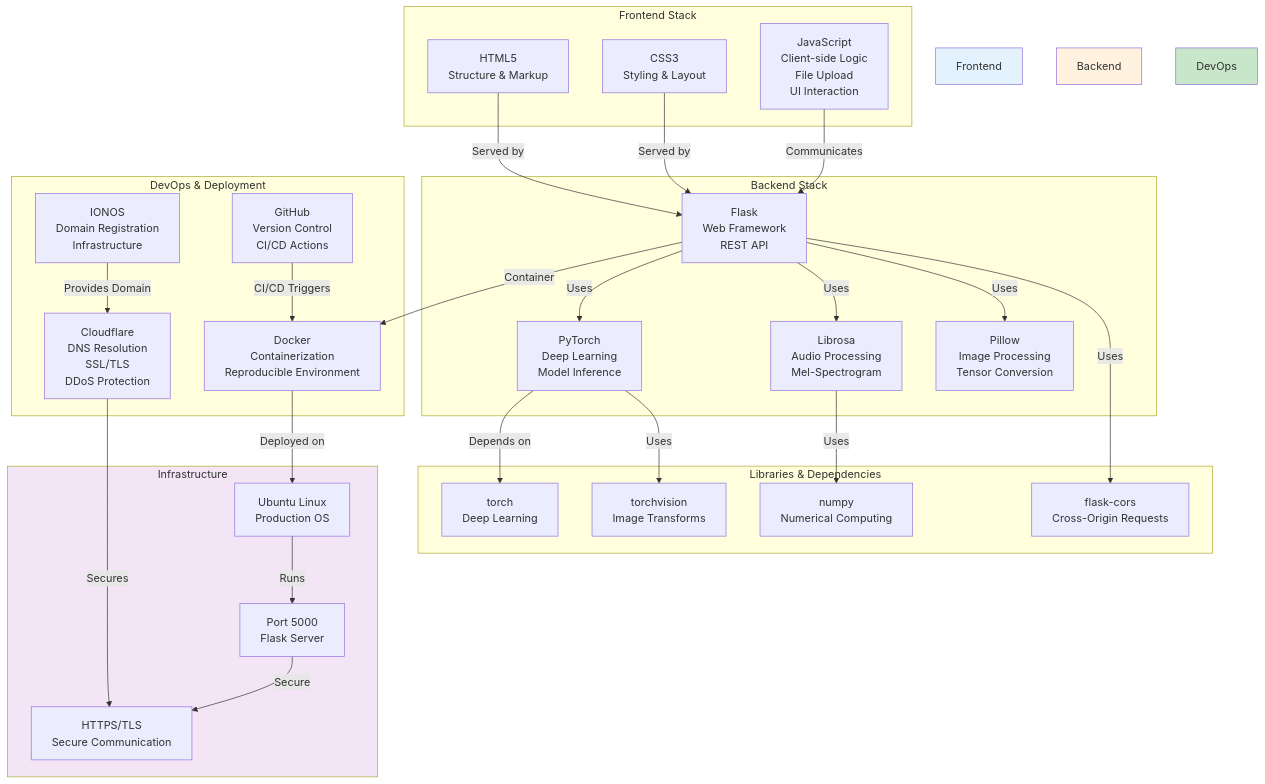
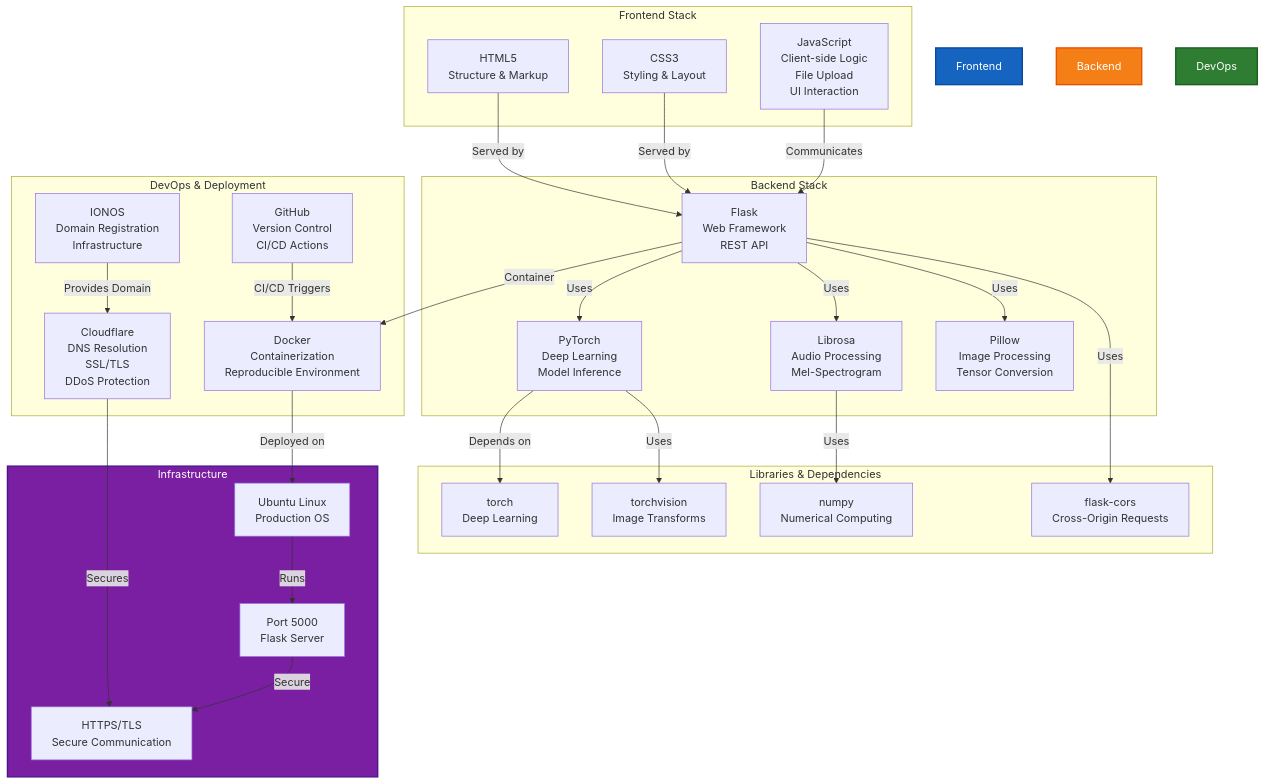
One commit to rwitobaansheikh/Pnumonia_Detector changed the seventh of 7 diagrams in ARCHITECTURE.md. Above: the diagram before and after it, drawn with Mermaid. The commit also changed other lines of this file and 3 other files, not shown here.

````diff
--- a/ARCHITECTURE.md
+++ b/ARCHITECTURE.md
@@ -384,63 +384,63 @@
 ```mermaid
 graph TB
     subgraph "Frontend Stack"
         HTML["HTML5<br/>Structure & Markup"]
         CSS["CSS3<br/>Styling & Layout"]
         JS["JavaScript<br/>Client-side Logic<br/>File Upload<br/>UI Interaction"]
     end
     
     subgraph "Backend Stack"
         Flask["Flask<br/>Web Framework<br/>REST API"]
         PyTorch["PyTorch<br/>Deep Learning<br/>Model Inference"]
         Librosa["Librosa<br/>Audio Processing<br/>Mel-Spectrogram"]
         PIL["Pillow<br/>Image Processing<br/>Tensor Conversion"]
     end
     
     subgraph "DevOps & Deployment"
         Docker["Docker<br/>Containerization<br/>Reproducible Environment"]
         GitHub["GitHub<br/>Version Control<br/>CI/CD Actions"]
         Cloudflare["Cloudflare<br/>DNS Resolution<br/>SSL/TLS<br/>DDoS Protection"]
         IONOS["IONOS<br/>Domain Registration<br/>Infrastructure"]
     end
     
     subgraph "Libraries & Dependencies"
         torch["torch<br/>Deep Learning"]
         torchvision["torchvision<br/>Image Transforms"]
         numpy["numpy<br/>Numerical Computing"]
         flask_cors["flask-cors<br/>Cross-Origin Requests"]
     end
     
     subgraph "Infrastructure"
         Ubuntu["Ubuntu Linux<br/>Production OS"]
         HTTPS["HTTPS/TLS<br/>Secure Communication"]
         Port5000["Port 5000<br/>Flask Server"]
     end
     
     HTML -->|Served by| Flask
     CSS -->|Served by| Flask
     JS -->|Communicates| Flask
     
     Flask -->|Uses| PyTorch
     Flask -->|Uses| Librosa
     Flask -->|Uses| PIL
     
     Flask -->|Container| Docker
     GitHub -->|CI/CD Triggers| Docker
     Docker -->|Deployed on| Ubuntu
     
     Cloudflare -->|Secures| HTTPS
     IONOS -->|Provides Domain| Cloudflare
     
     PyTorch -->|Depends on| torch
     PyTorch -->|Uses| torchvision
     Librosa -->|Uses| numpy
     Flask -->|Uses| flask_cors
     
     Ubuntu -->|Runs| Port5000
     Port5000 -->|Secure| HTTPS
     
-    style Frontend fill:#e3f2fd
-    style Backend fill:#fff3e0
-    style DevOps fill:#c8e6c9
-    style Infrastructure fill:#f3e5f5
+    style Frontend fill:#1565c0,color:#fff,stroke:#0d47a1,stroke-width:2px
+    style Backend fill:#f57f17,color:#fff,stroke:#e65100,stroke-width:2px
+    style DevOps fill:#2e7d32,color:#fff,stroke:#1b5e20,stroke-width:2px
+    style Infrastructure fill:#7b1fa2,color:#fff,stroke:#4a148c,stroke-width:2px
 ```
````
